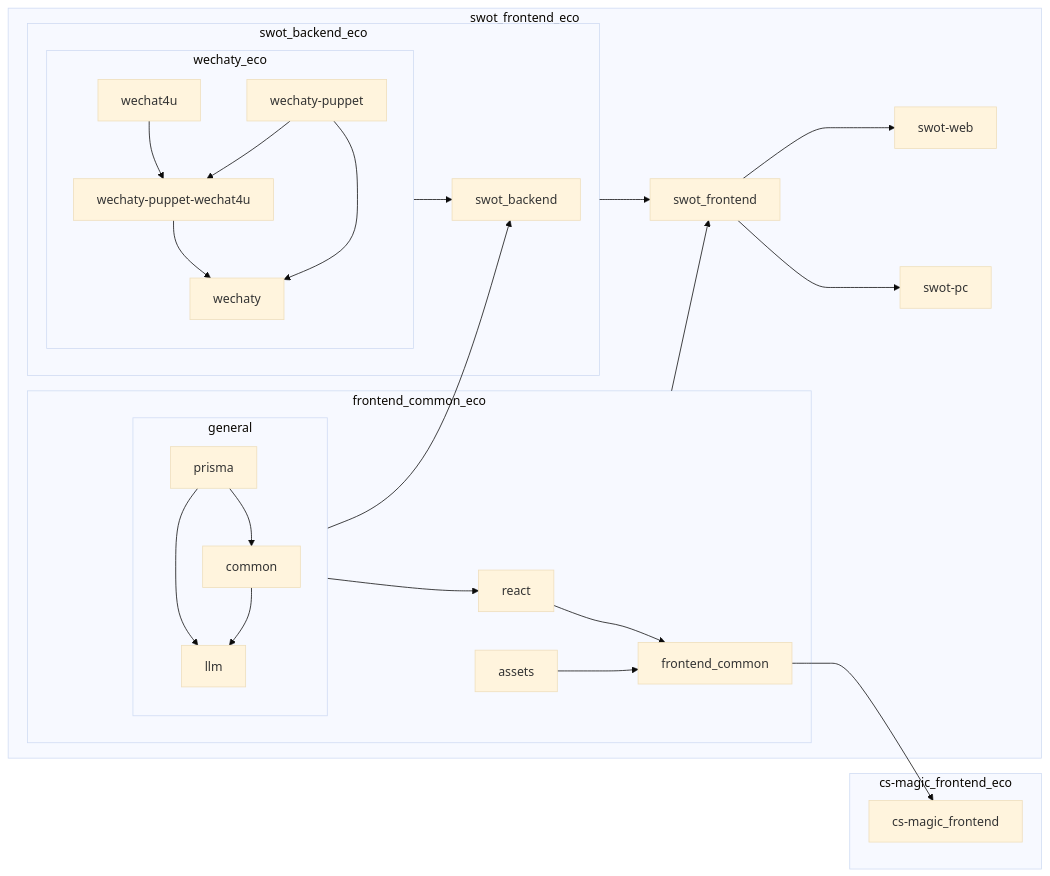
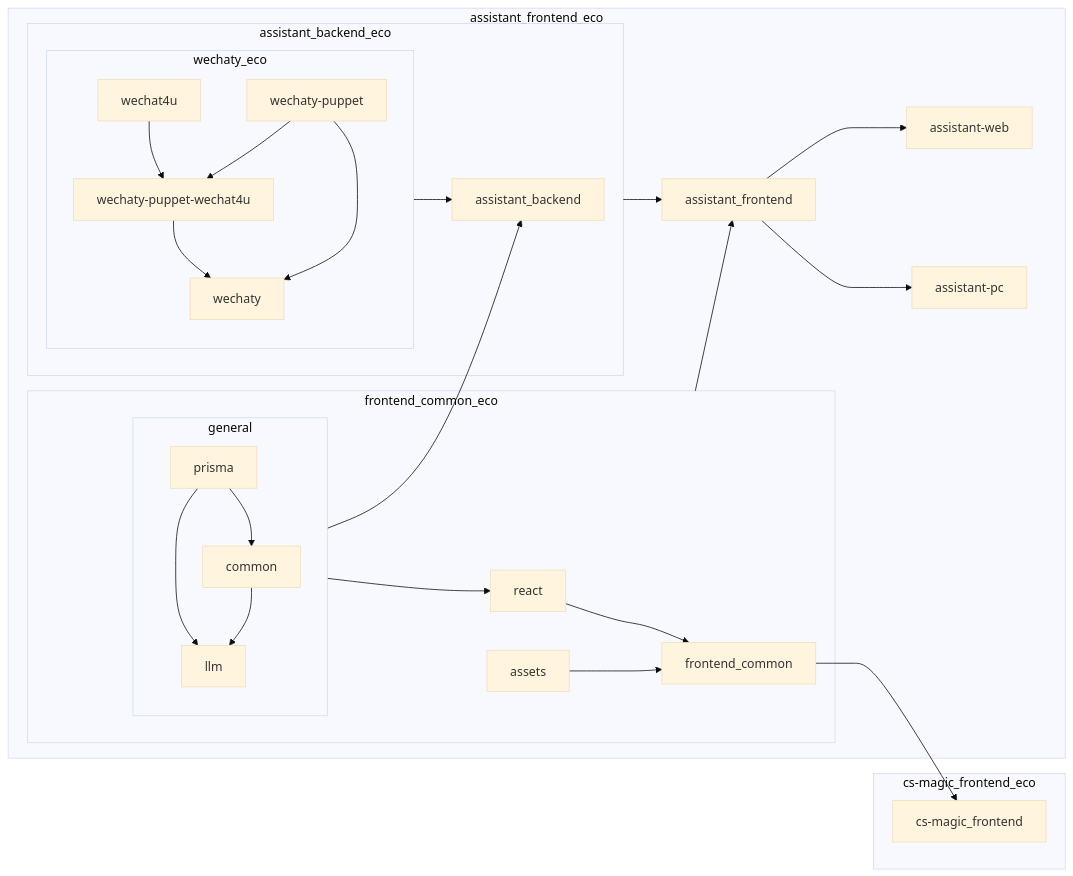
Before and after one commit to samcaicn/app_assistant: the diagram in readme.md, drawn with Mermaid (base theme). The commit also changed other lines of this file and 46 other files, not shown here.

Commit message:
swot --> neurora-assistant --> assistant

````diff
--- a/readme.md
+++ b/readme.md
@@ -7,34 +7,34 @@
 ```mermaid
 graph LR;
     subgraph general
         prisma --> common & llm;
         common --> llm;
     end
     
     subgraph wechaty_eco
         wechat4u --> wechaty-puppet-wechat4u;
         wechaty-puppet --> wechaty-puppet-wechat4u & wechaty;
         wechaty-puppet-wechat4u --> wechaty;
     end
     
     subgraph frontend_common_eco
         general --> react;
         react --> frontend_common;
         assets --> frontend_common;
     end
     
     subgraph cs-magic_frontend_eco
         frontend_common --> cs-magic_frontend;
     end
     
-    subgraph swot_backend_eco
-        general --> swot_backend;
-        wechaty_eco --> swot_backend;
+    subgraph assistant_backend_eco
+        general --> assistant_backend;
+        wechaty_eco --> assistant_backend;
     end
     
-    subgraph swot_frontend_eco
-        frontend_common_eco --> swot_frontend;
-        swot_backend_eco --> swot_frontend;
-        swot_frontend --> swot-web & swot-pc;
+    subgraph assistant_frontend_eco
+        frontend_common_eco --> assistant_frontend;
+        assistant_backend_eco --> assistant_frontend;
+        assistant_frontend --> assistant-web & assistant-pc;
     end
 ```
````
